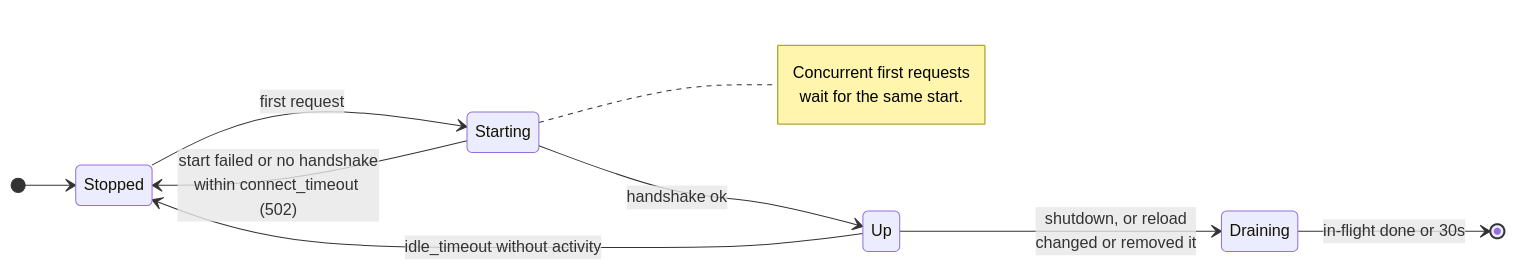
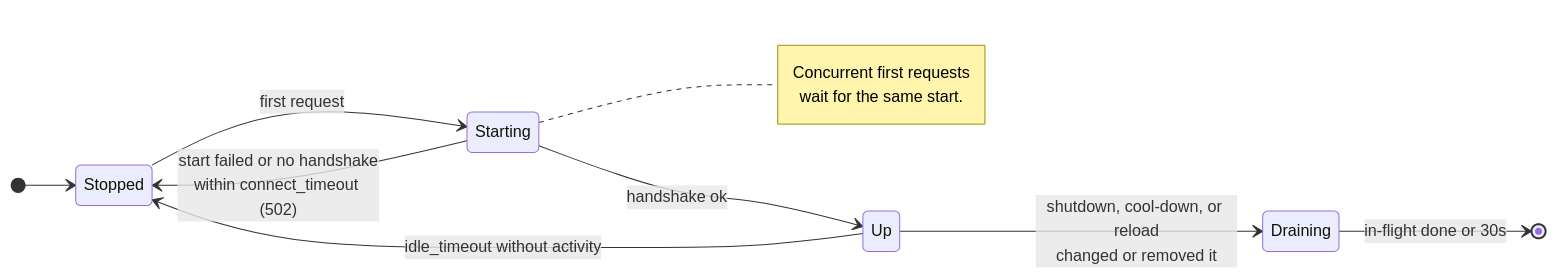
One commit to KingOfKalk/wg-stream-proxy changed the ninth of 17 diagrams in docs/architecture.md. Above: the diagram before and after it, drawn with Mermaid. The commit also changed other lines of this file and 29 other files, not shown here.

````diff
--- a/docs/architecture.md
+++ b/docs/architecture.md
@@ -409,15 +409,15 @@
 ```mermaid
 stateDiagram-v2
     direction LR
     [*] --> Stopped
     Stopped --> Starting: first request
     Starting --> Up: handshake ok
     Starting --> Stopped: start failed or no handshake<br/>within connect_timeout (502)
     Up --> Stopped: idle_timeout without activity
-    Up --> Draining: shutdown, or reload<br/>changed or removed it
+    Up --> Draining: shutdown, cool-down, or reload<br/>changed or removed it
     Draining --> [*]: in-flight done or 30s
     note right of Starting
         Concurrent first requests
         wait for the same start.
     end note
 ```
````
